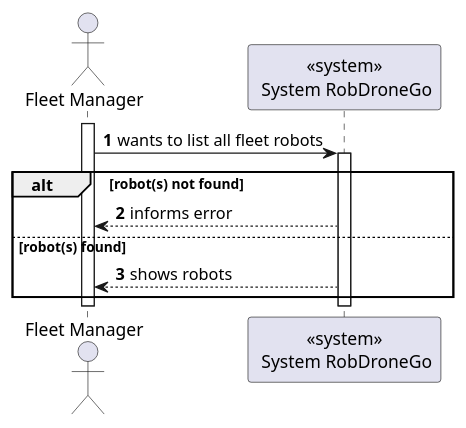
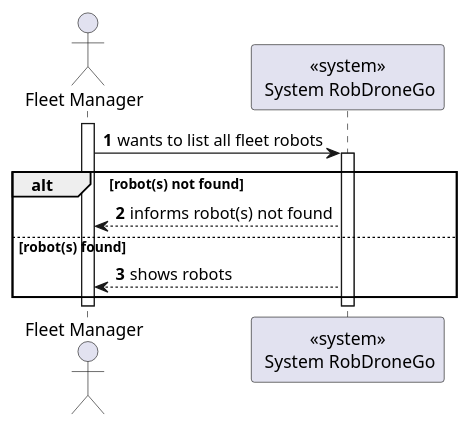
One commit to Departamento-de-Engenharia-Informatica/lapr5-23-24-g19 changed the diagram in docs/us1030/level1/process-view.puml. Above: the diagram before and after it, drawn with PlantUML. The commit also changed 6 other files, not shown here.

```diff
--- a/docs/us1030/level1/process-view.puml
+++ b/docs/us1030/level1/process-view.puml
@@ -1,23 +1,23 @@
 @startuml
 autonumber
 
 actor "Fleet Manager" as usr
 
 participant "<<system>>\n System RobDroneGo" as sys
 
 activate usr
     usr -> sys : wants to list all fleet robots
     activate sys
 
     alt robot(s) not found
-        sys --> usr: informs error
+        sys --> usr: informs robot(s) not found
     else robot(s) found
         sys --> usr : shows robots
 
     end
     deactivate sys
 
 
 deactivate usr
 
 @enduml
```
